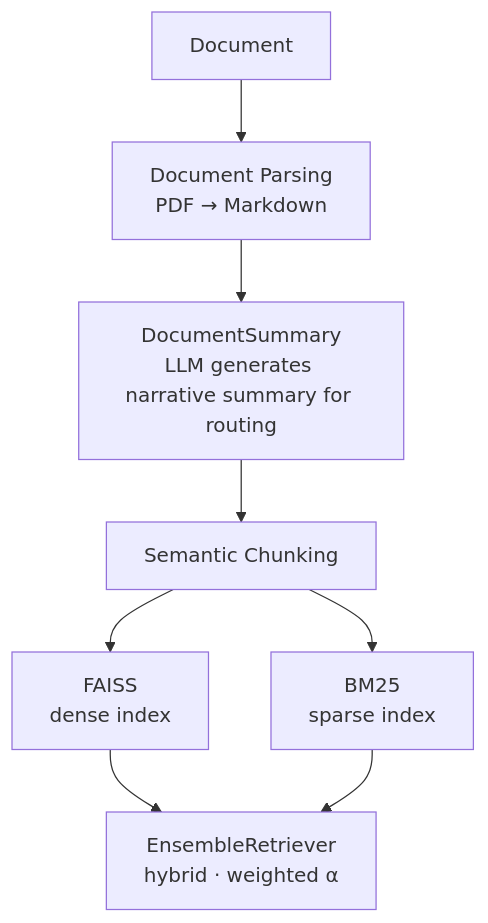
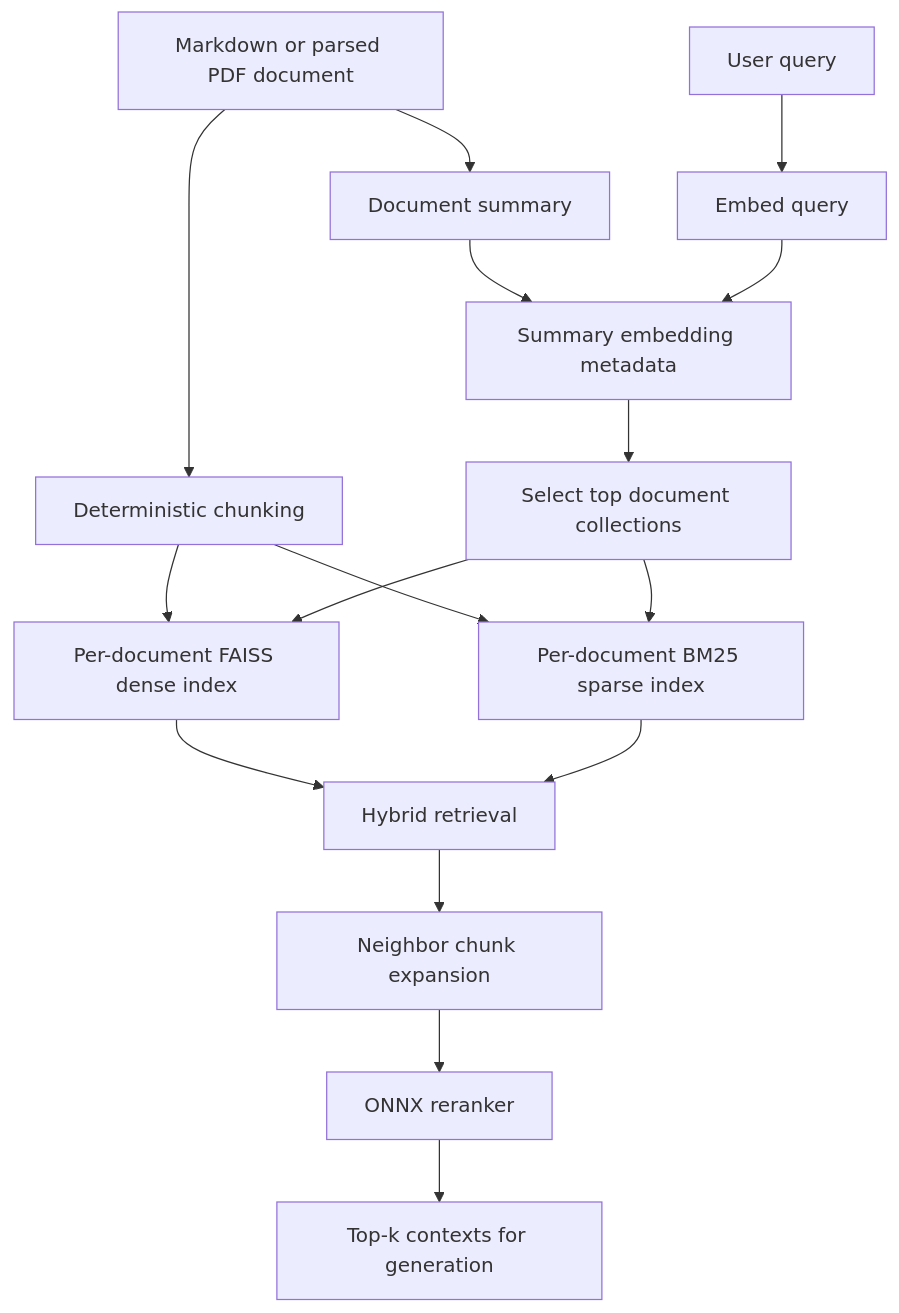
One commit to iam-tsr/ManuIndex changed the diagram in README.md. Above: the diagram before and after it, drawn with Mermaid. The commit also changed other lines of this file and 43 other files, not shown here.

Commit message:
Modify ManuIndex to improve index naming conventions and retrieval parameters.

````diff
--- a/README.md
+++ b/README.md
@@ -29,20 +27,19 @@
 ```mermaid
 flowchart TD
-    A["Document"] --> B
+    A[Markdown or parsed PDF document] --> B[Document summary]
+    B --> C[Summary embedding metadata]
+    A --> D[Deterministic chunking]
+    D --> E[Per-document FAISS dense index]
+    D --> F[Per-document BM25 sparse index]
 
-    B["Document Parsing\nPDF → Markdown"]
-    B --> C
-
-    C["DocumentSummary\nLLM generates narrative summary for routing"]
-    C --> D
-
-    D["Semantic Chunking"]
-    D --> E & F
-
-    E["FAISS\ndense index"]
-    F["BM25\nsparse index"]
-
-    E & F --> G
-
-    G["EnsembleRetriever\nhybrid · weighted α"]
+    Q[User query] --> R[Embed query]
+    R --> C
+    C --> S[Select top document collections]
+    S --> E
+    S --> F
+    E --> H[Hybrid retrieval]
+    F --> H
+    H --> N[Neighbor chunk expansion]
+    N --> X[ONNX reranker]
+    X --> Y[Top-k contexts for generation]
 ```
````
